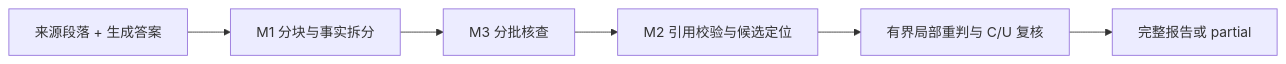
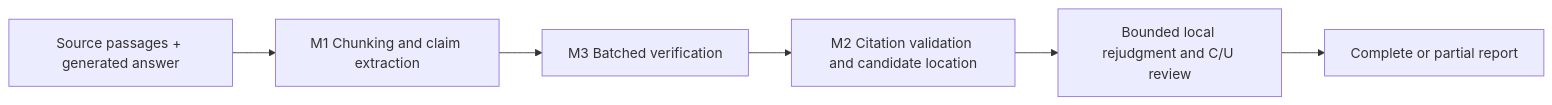
One commit to yixiaogithub66/citation-grounding-verifier changed the diagram in README.md. Above: the diagram before and after it, drawn with Mermaid. The commit also changed other lines of this file and 1 other file, not shown here.

````diff
--- a/README.md
+++ b/README.md
@@ -7,8 +9,8 @@
 ```mermaid
 flowchart LR
-    A[来源段落 + 生成答案] --> B[M1 分块与事实拆分]
-    B --> C[M3 分批核查]
-    C --> D[M2 引用校验与候选定位]
-    D --> E[有界局部重判与 C/U 复核]
-    E --> F[完整报告或 partial]
+    A[Source passages + generated answer] --> B[M1 Chunking and claim extraction]
+    B --> C[M3 Batched verification]
+    C --> D[M2 Citation validation and candidate location]
+    D --> E[Bounded local rejudgment and C/U review]
+    E --> F[Complete or partial report]
 ```
````
